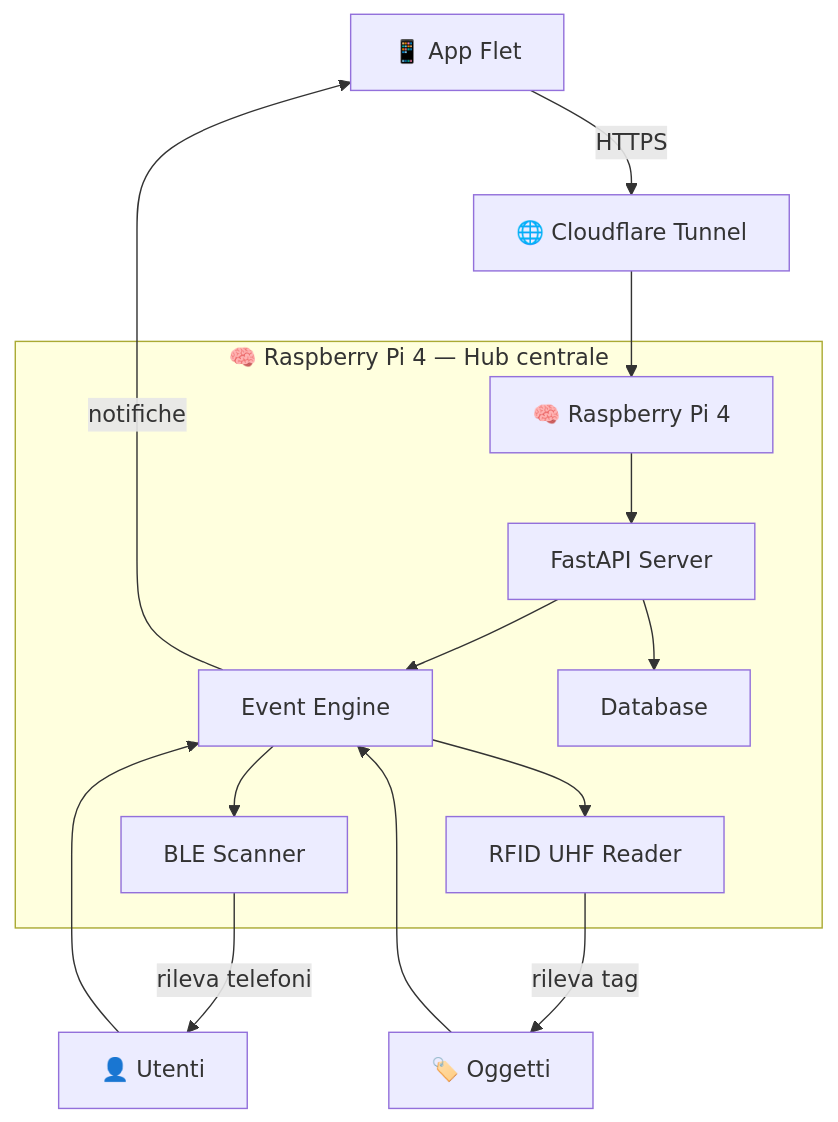
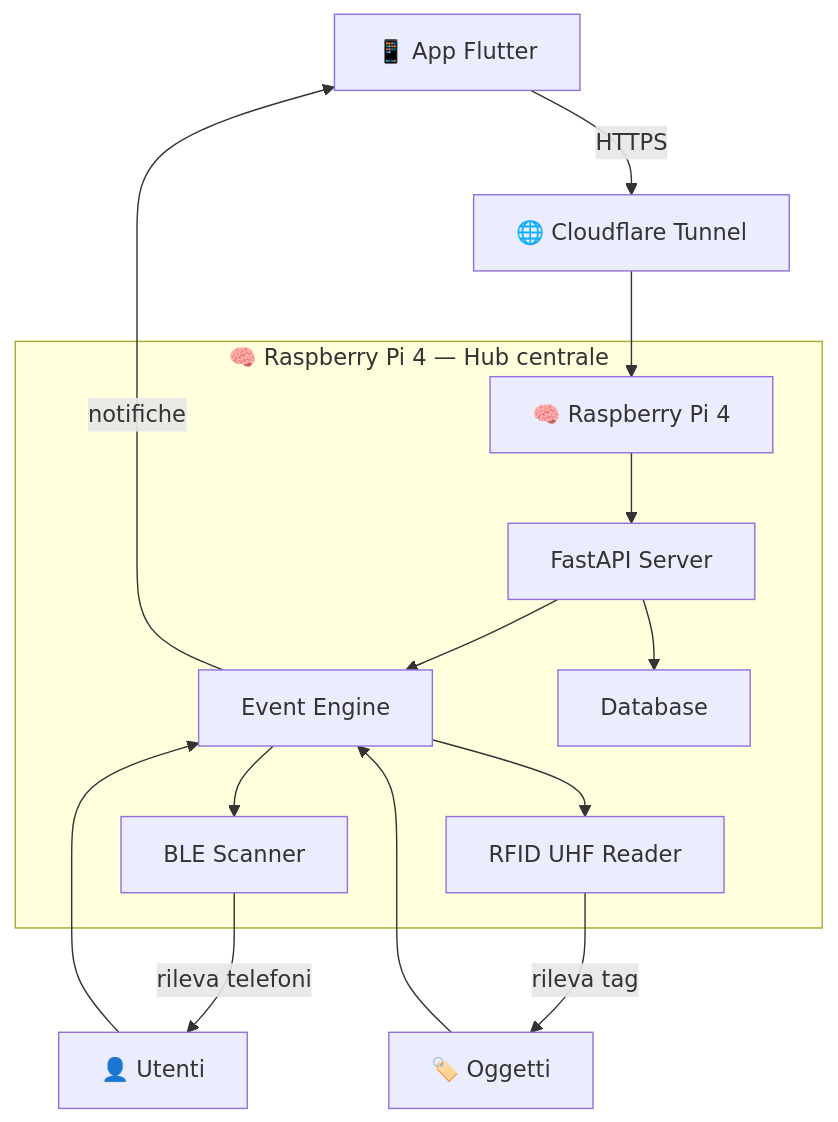
The first of 2 diagrams in docs/panoramica/architettura.md (ScalabrinSimone/GateKeeper), drawn with Mermaid before and after one commit. The commit also changed other lines of this file and 8 other files, not shown here.

````diff
--- a/docs/panoramica/architettura.md
+++ b/docs/panoramica/architettura.md
@@ -14,19 +14,19 @@
 ```mermaid
 graph TD
-    A[📱 App Flet] -->|HTTPS| B[🌐 Cloudflare Tunnel]
+    A[📱 App Flutter] -->|HTTPS| B[🌐 Cloudflare Tunnel]
     B --> C[🧠 Raspberry Pi 4]
 
     subgraph HUB ["🧠 Raspberry Pi 4 — Hub centrale"]
         C --> D[FastAPI Server]
         D --> E[Event Engine]
         D --> F[Database]
         E --> G[BLE Scanner]
         E --> H[RFID UHF Reader]
     end
 
     G -->|rileva telefoni| I[👤 Utenti]
     H -->|rileva tag| J[🏷️ Oggetti]
 
     I & J --> E
     E -->|notifiche| A
 ```
````
